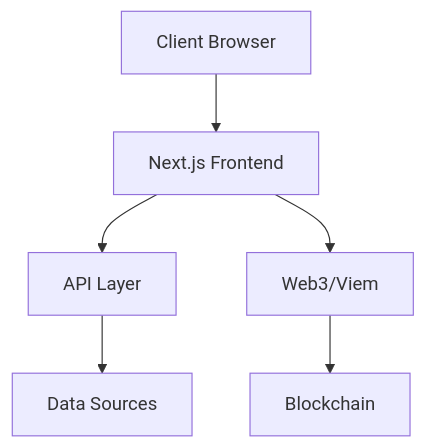
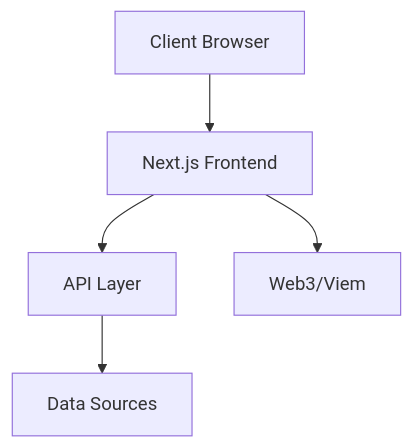
The diagram in README.md (Giveth/analytics-dashboard), drawn with Mermaid before and after one commit. The commit also changed other lines of this file, not shown here.

````diff
--- a/README.md
+++ b/README.md
@@ -27,8 +27,7 @@
 ```mermaid
 graph TD
     A[Client Browser] --> B[Next.js Frontend]
     B --> C[API Layer]
     C --> D[Data Sources]
     B --> E[Web3/Viem]
-    E --> F[Blockchain]
 ```
````
